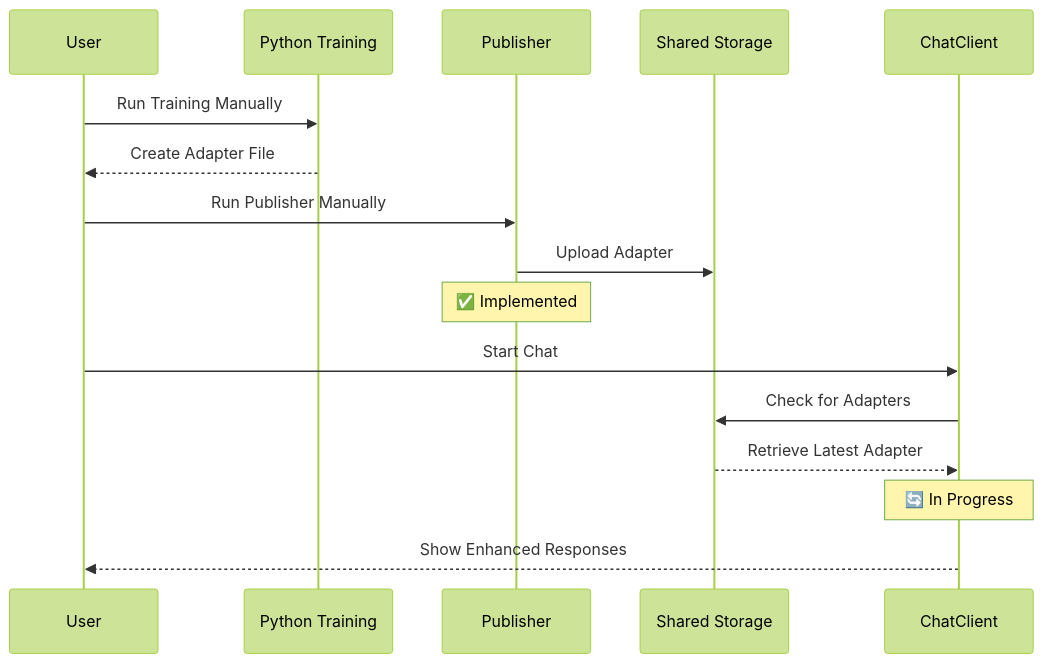
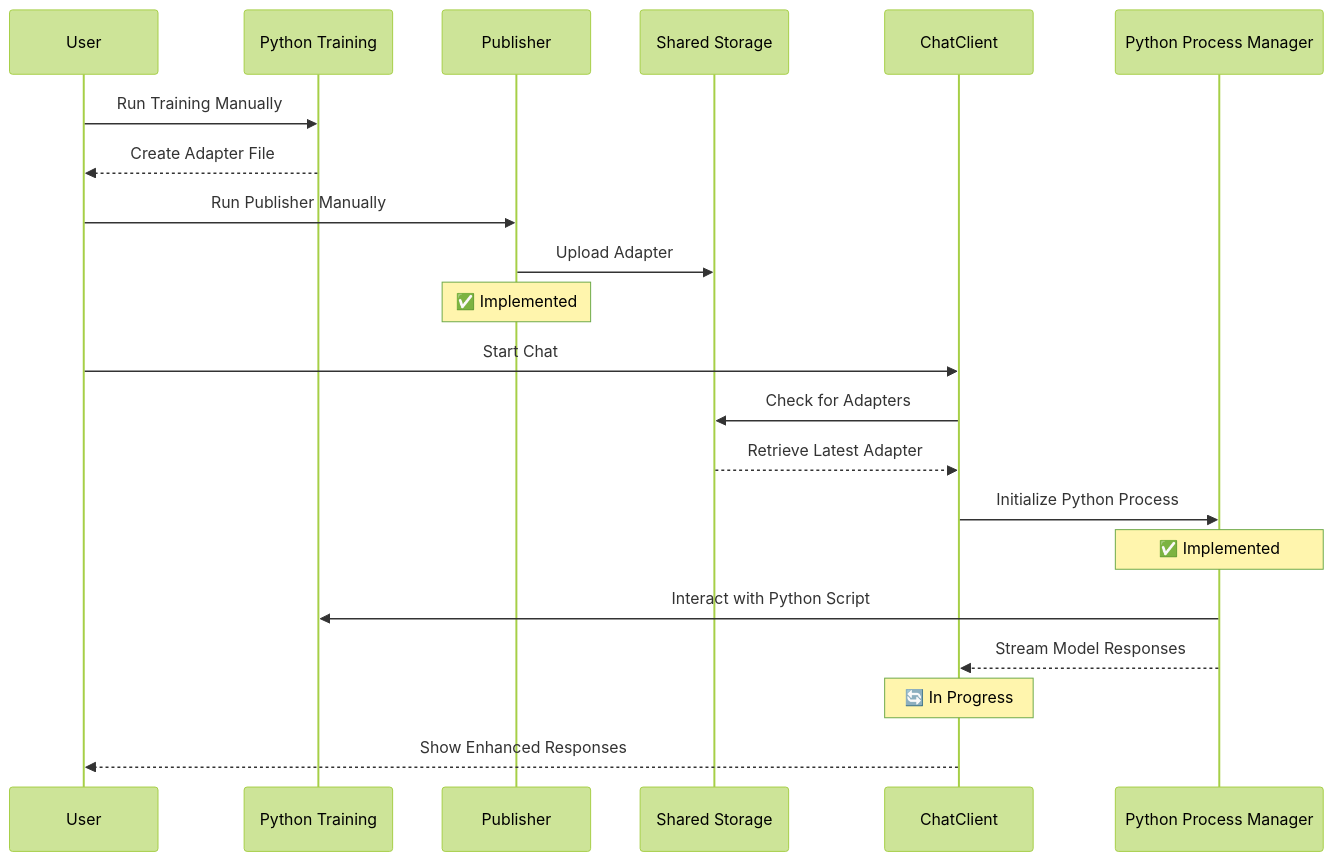
Before and after one commit to gsinghjay/LLMAdapterClient: the second of 7 diagrams in STORY.md, drawn with Mermaid (forest theme). The commit also changed other lines of this file, not shown here.

Commit message:
docs(story): update project narrative to include Python Process Manager

````diff
--- a/STORY.md
+++ b/STORY.md
@@ -44,20 +49,25 @@
 ```mermaid
 sequenceDiagram
     participant User
     participant Training as Python Training
     participant Publisher
     participant Storage as Shared Storage
     participant ChatClient
+    participant PythonMgr as Python Process Manager
     
     User->>Training: Run Training Manually
     Training-->>User: Create Adapter File
     User->>Publisher: Run Publisher Manually
     Publisher->>Storage: Upload Adapter
     Note over Publisher: ✅ Implemented
     
     User->>ChatClient: Start Chat
     ChatClient->>Storage: Check for Adapters
     Storage-->>ChatClient: Retrieve Latest Adapter
+    ChatClient->>PythonMgr: Initialize Python Process
+    Note over PythonMgr: ✅ Implemented
+    PythonMgr->>Training: Interact with Python Script
+    PythonMgr-->>ChatClient: Stream Model Responses
     Note over ChatClient: 🔄 In Progress
     ChatClient-->>User: Show Enhanced Responses
 ```
````
